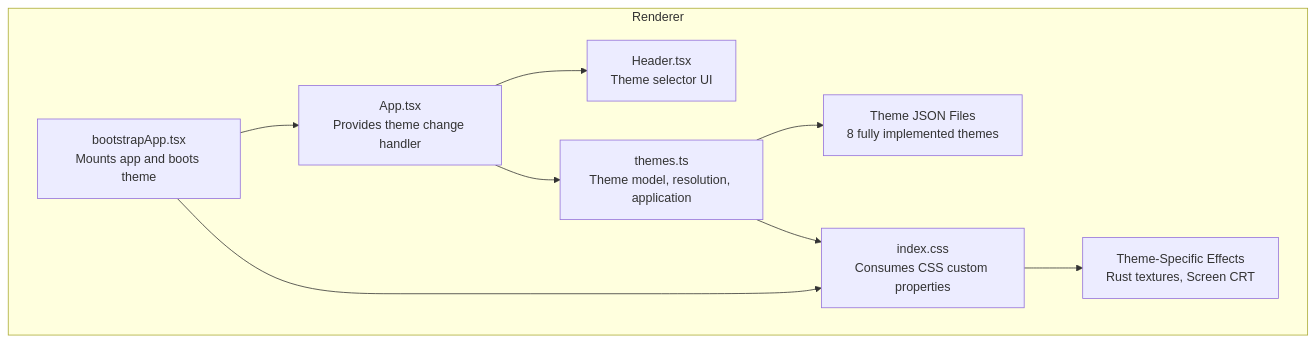
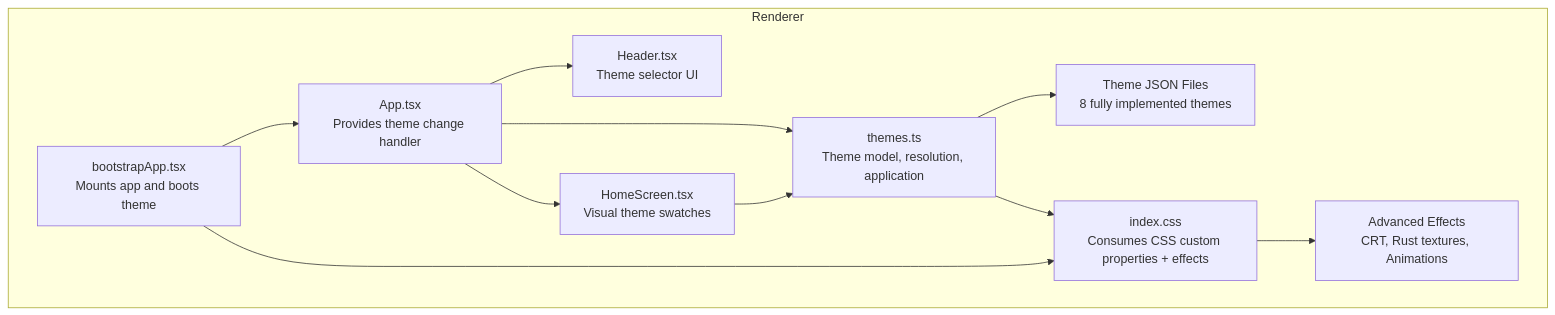
The first of 7 diagrams in .qoder/repowiki/en/content/Theming & UI System.md (satyrlord/mixjam-electron), drawn with Mermaid before and after one commit. The commit also changed other lines of this file and 37 other files, not shown here.

````diff
--- a/.qoder/repowiki/en/content/Theming & UI System.md
+++ b/.qoder/repowiki/en/content/Theming & UI System.md
@@ -59,19 +63,22 @@
 ```mermaid
 graph TB
 subgraph "Renderer"
 A["bootstrapApp.tsx<br/>Mounts app and boots theme"]
 B["App.tsx<br/>Provides theme change handler"]
 C["Header.tsx<br/>Theme selector UI"]
-D["themes.ts<br/>Theme model, resolution, application"]
-E["index.css<br/>Consumes CSS custom properties"]
-F["Theme JSON Files<br/>8 fully implemented themes"]
-G["Theme-Specific Effects<br/>Rust textures, Screen CRT"]
+D["HomeScreen.tsx<br/>Visual theme swatches"]
+E["themes.ts<br/>Theme model, resolution, application"]
+F["index.css<br/>Consumes CSS custom properties + effects"]
+G["Theme JSON Files<br/>8 fully implemented themes"]
+H["Advanced Effects<br/>CRT, Rust textures, Animations"]
 end
 A --> B
 B --> C
 B --> D
-D --> F
+B --> E
+E --> G
+E --> F
+A --> F
+F --> H
 D --> E
-A --> E
-E --> G
 ```
````
